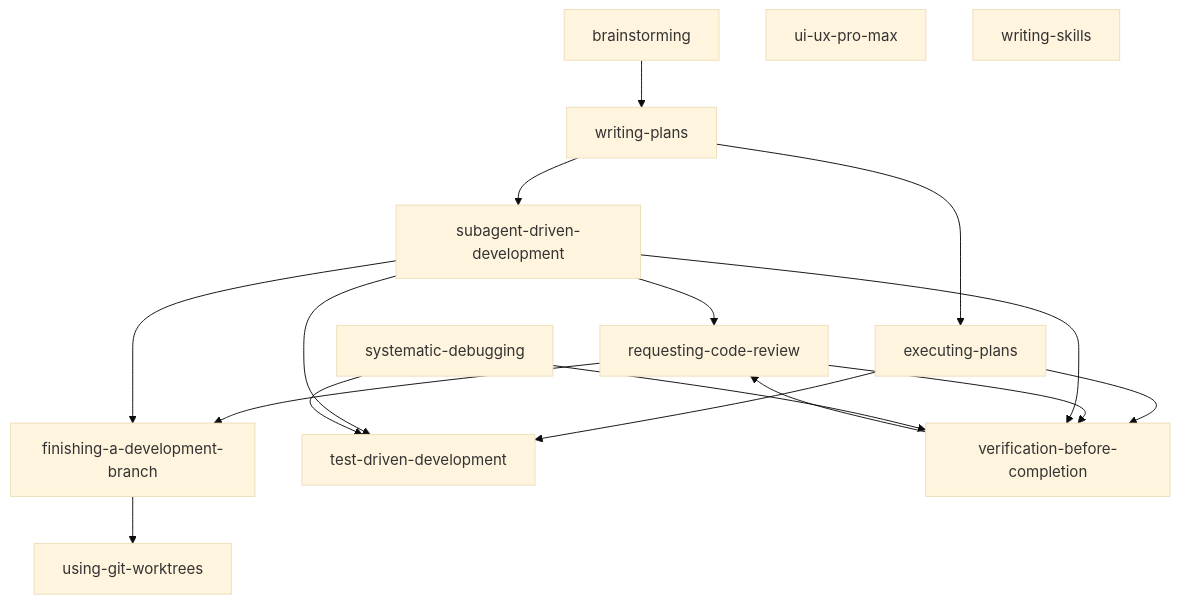
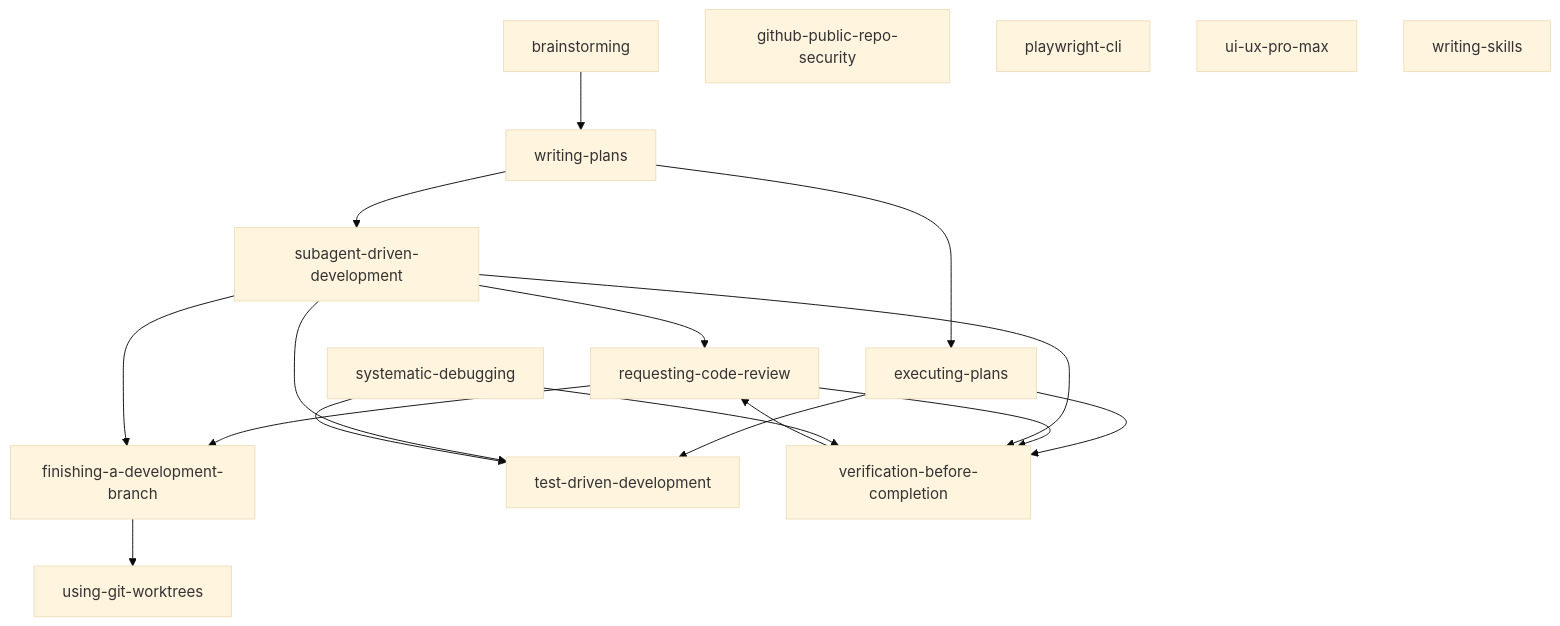
One commit to dougss/nexus changed the diagram in docs/skill-graph.md. Above: the diagram before and after it, drawn with Mermaid (base theme). The commit also changed 2 other files, not shown here.

Commit message:
feat(skills): add github-public-repo-security — OSS hardening checklist
- Layers: hygiene, gh secret scanning, Dependabot, CI/CodeQL/dependency-review files
- Rulesets API: PR + CI check + non_fast_forward, admin bypass actor_id 5
- Register in using-nexus; regenerate skill graph

Made-with: Cursor

````diff
--- a/docs/skill-graph.md
+++ b/docs/skill-graph.md
@@ -5,31 +5,33 @@
 ```mermaid
 graph TD
     brainstorming["brainstorming"]
     executing_plans["executing-plans"]
     finishing_a_development_branch["finishing-a-development-branch"]
+    github_public_repo_security["github-public-repo-security"]
+    playwright_cli["playwright-cli"]
     requesting_code_review["requesting-code-review"]
     subagent_driven_development["subagent-driven-development"]
     systematic_debugging["systematic-debugging"]
     test_driven_development["test-driven-development"]
     ui_ux_pro_max["ui-ux-pro-max"]
     using_git_worktrees["using-git-worktrees"]
     verification_before_completion["verification-before-completion"]
     writing_plans["writing-plans"]
     writing_skills["writing-skills"]
 
     brainstorming --> writing_plans
     executing_plans --> test_driven_development
     executing_plans --> verification_before_completion
     finishing_a_development_branch --> using_git_worktrees
     requesting_code_review --> finishing_a_development_branch
     requesting_code_review --> verification_before_completion
     subagent_driven_development --> test_driven_development
     subagent_driven_development --> requesting_code_review
     subagent_driven_development --> verification_before_completion
     subagent_driven_development --> finishing_a_development_branch
     systematic_debugging --> test_driven_development
     systematic_debugging --> verification_before_completion
     verification_before_completion --> requesting_code_review
     writing_plans --> subagent_driven_development
     writing_plans --> executing_plans
 ```
````
